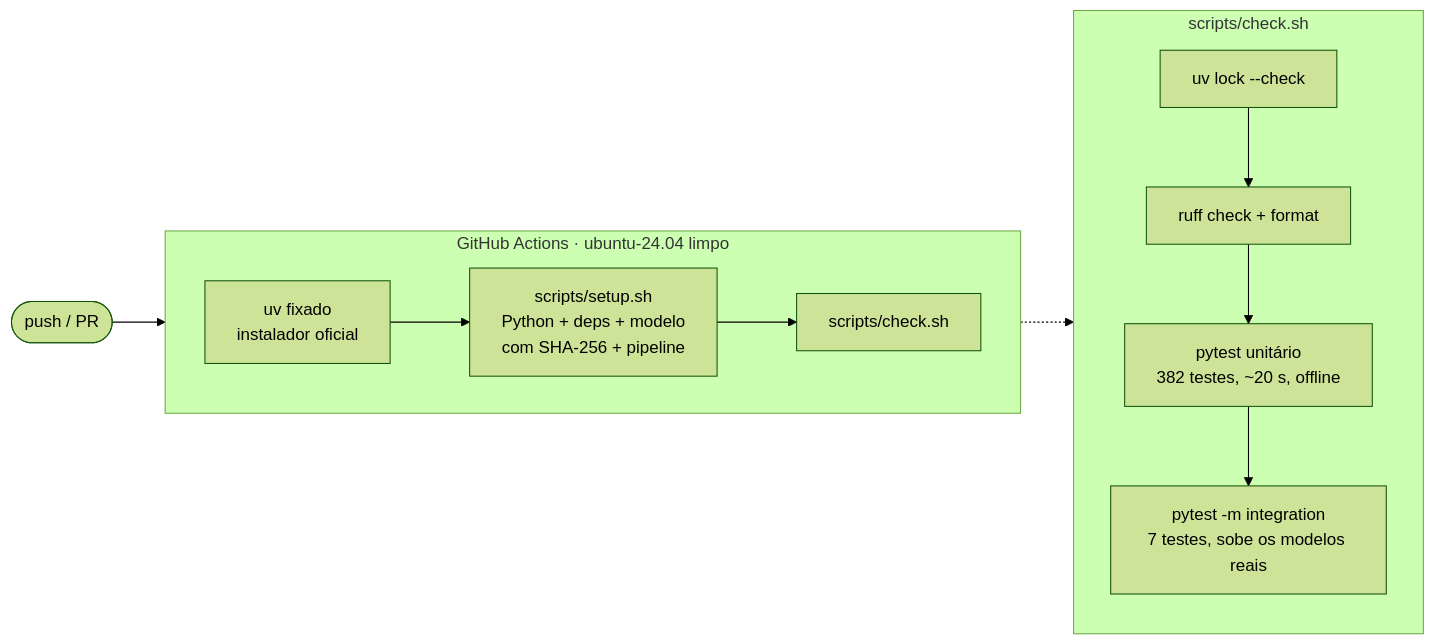
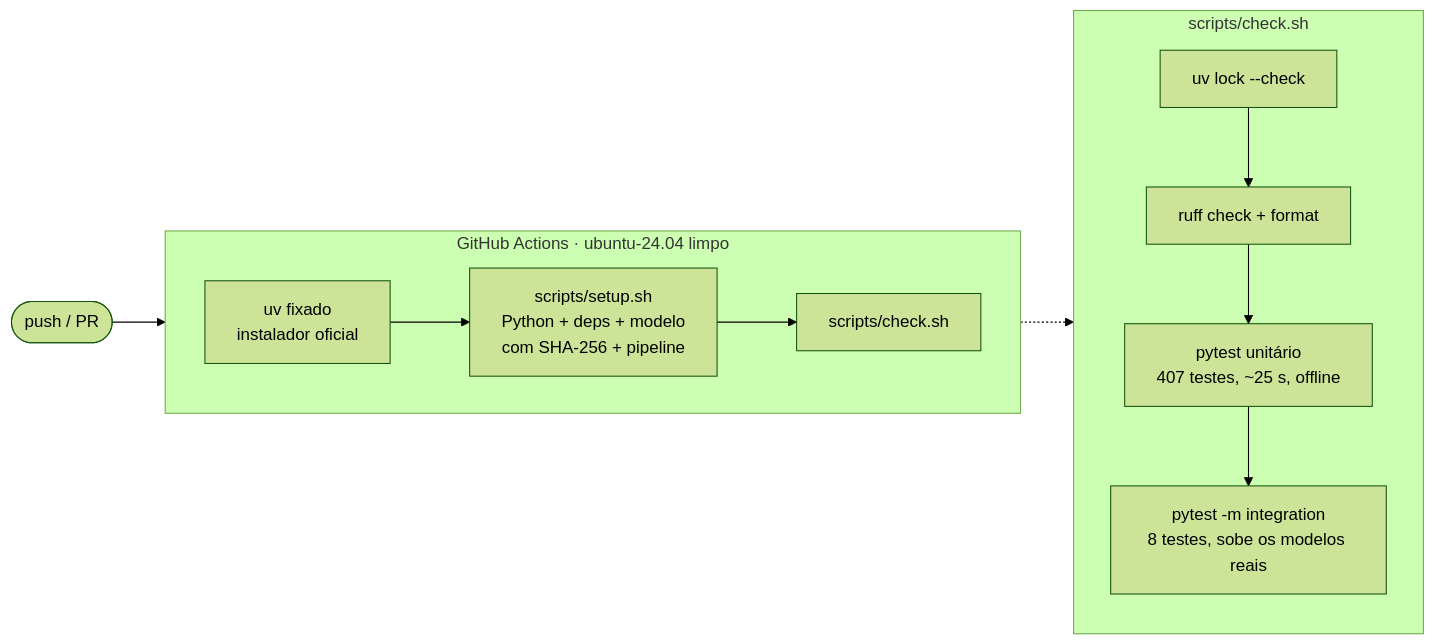
One commit to RonildoSilva/ai-engineer-challenge changed the sixth of 16 diagrams in README.md. Above: the diagram before and after it, drawn with Mermaid (forest theme). The commit also changed other lines of this file and 10 other files, not shown here.

````diff
--- a/README.md
+++ b/README.md
@@ -225,15 +227,15 @@
 ```mermaid
 flowchart LR
     P([push / PR]) --> CI
     subgraph CI[GitHub Actions · ubuntu-24.04 limpo]
         direction LR
         U[uv fixado<br/>instalador oficial] --> S[scripts/setup.sh<br/>Python + deps + modelo<br/>com SHA-256 + pipeline] --> K[scripts/check.sh]
     end
     subgraph K2[scripts/check.sh]
         direction TB
         L1[uv lock --check] --> L2[ruff check + format]
-        L2 --> L3[pytest unitário<br/>382 testes, ~20 s, offline]
-        L3 --> L4[pytest -m integration<br/>7 testes, sobe os modelos reais]
+        L2 --> L3[pytest unitário<br/>407 testes, ~25 s, offline]
+        L3 --> L4[pytest -m integration<br/>8 testes, sobe os modelos reais]
     end
     K -.-> K2
 ```
````
